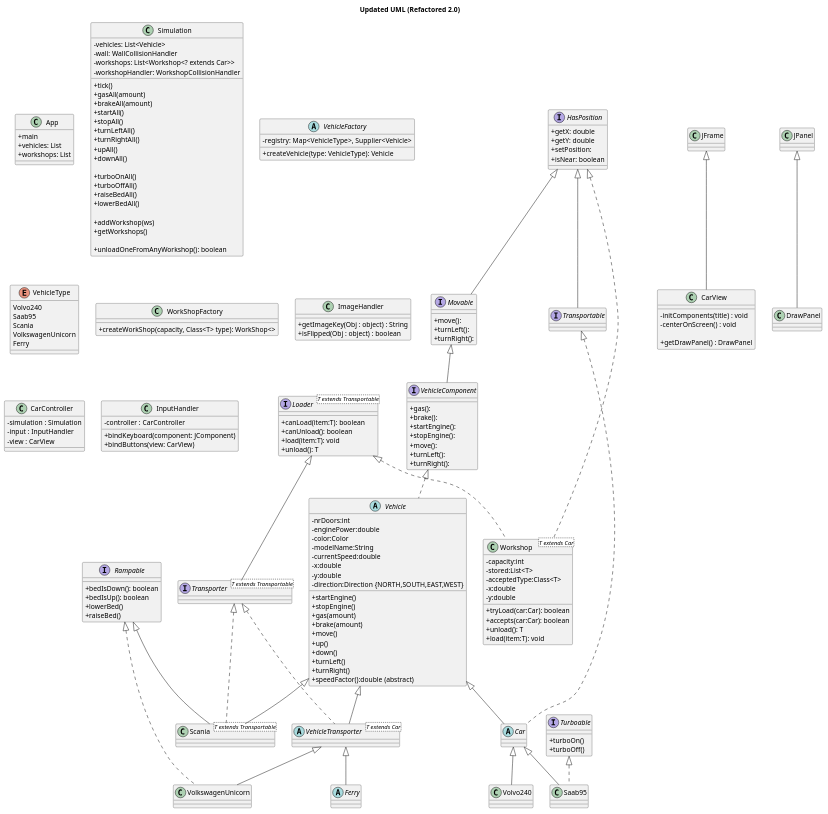
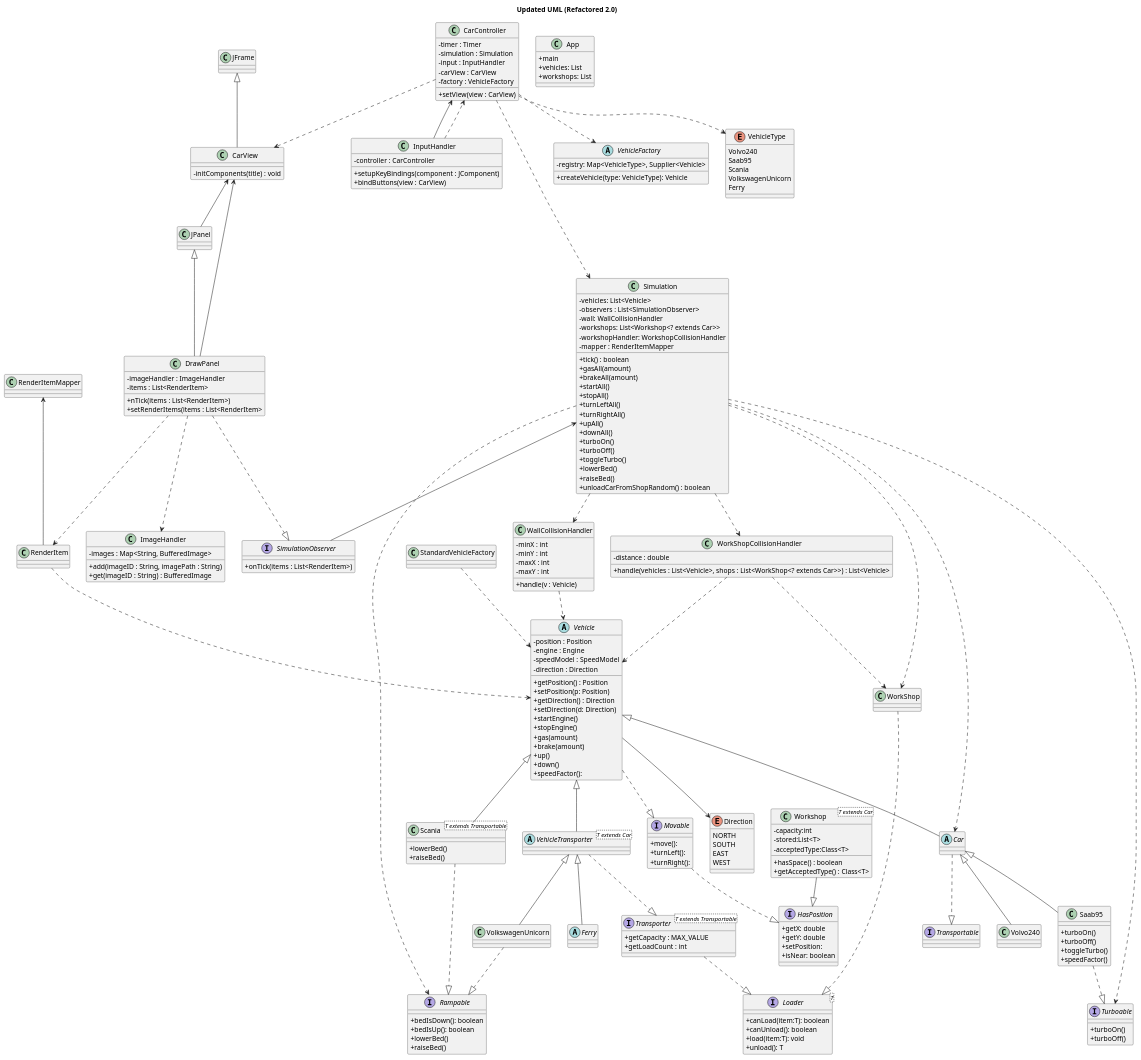
One commit to wat3rbottl/lab1 changed the diagram in src/uml/Updated.puml. Above: the diagram before and after it, drawn with PlantUML. The commit also changed 3 other files, not shown here.

Commit message:
uml o fixat turbo i  simulation

```diff
--- a/src/uml/Updated.puml
+++ b/src/uml/Updated.puml
@@ -12,33 +12,25 @@
     +isNear: boolean
 }
 
-interface Movable extends HasPosition {
+interface Movable  {
     +move():
     +turnLeft():
     +turnRight():
 }
 
-interface VehicleComponent extends Movable{
-    +gas():
-    +brake():
-    +startEngine():
-    +stopEngine():
-    +move():
-    +turnLeft():
-    +turnRight():
-    }
-
-interface Transportable extends HasPosition{
+interface Transportable {
 }
 
-interface Loader<T extends Transportable> {
+interface Loader<T> {
   +canLoad(item:T): boolean
   +canUnload(): boolean
   +load(item:T): void
   +unload(): T
 }
 
-interface Transporter<T extends Transportable> extends Loader<T>{
+interface Transporter<T extends Transportable> {
+    +getCapacity : MAX_VALUE
+    +getLoadCount : int
 }
 
 interface Turboable {
@@ -53,6 +45,10 @@
   +raiseBed()
 }
 
+interface SimulationObserver{
+    +onTick(items : List<RenderItem>)
+}
+
 ' =========================
 ' MODEL CLASSES
 ' =========================
@@ -65,64 +61,88 @@
 'Should only know about factories and vehiclecomponent!!!
 
 
-abstract class Vehicle implements VehicleComponent {
-  -nrDoors:int
-  -enginePower:double
-  -color:Color
-  -modelName:String
-  -currentSpeed:double
-  -x:double
-  -y:double
-  -direction:Direction {NORTH,SOUTH,EAST,WEST}
+abstract class Vehicle  {
+  - position : Position
+  - engine : Engine
+  - speedModel : SpeedModel
+  - direction : Direction
+  + getPosition() : Position
+  + setPosition(p: Position)
+  + getDirection() : Direction
+  + setDirection(d: Direction)
   +startEngine()
   +stopEngine()
   +gas(amount)
   +brake(amount)
-  +move()
   +up()
   +down()
-  +turnLeft()
-  +turnRight()
-  +speedFactor():double (abstract)
+  +speedFactor():
 }
 
-abstract class Ferry extends VehicleTransporter<Car>{
+enum Direction {
+  NORTH
+  SOUTH
+  EAST
+  WEST
 }
 
-abstract class Car extends Vehicle implements Transportable{
+abstract class Ferry {
 }
 
-abstract class VehicleTransporter<T extends Car> extends Vehicle implements Transporter<T>{
+abstract class Car {
+
 }
 
-class Volvo240 extends Car{
-}
-class Saab95 extends Car implements Turboable{
-}
-class Scania<T extends Transportable> extends Vehicle implements Transporter<T>{
-}
-class VolkswagenUnicorn extends VehicleTransporter<Car> implements Rampable{
+abstract class VehicleTransporter<T extends Car> {
 }
 
-class Workshop<T extends Car> implements HasPosition, Loader<T> {
+class Volvo240{
+}
+class Saab95 {
+    + turboOn()
+    + turboOff()
+    + toggleTurbo()
+    + speedFactor()
+}
+class Scania<T extends Transportable> {
+    +lowerBed()
+    +raiseBed()
+}
+class VolkswagenUnicorn {
+}
+
+class Workshop<T extends Car>  {
   -capacity:int
   -stored:List<T>
   -acceptedType:Class<T>
-  -x:double
-  -y:double
-  +tryLoad(car:Car): boolean
-  +accepts(car:Car): boolean
-  +unload(): T
-  +load(item:T): void
+  +hasSpace() : boolean
+  +getAcceptedType() : Class<T>
+
+
+  }
+
+class WallCollisionHandler {
+    -minX : int
+    -minY : int
+    -maxX : int
+    -maxY : int
+    +handle(v : Vehicle)
+    }
+
+class WorkShopCollisionHandler {
+    - distance : double
+    + handle(vehicles : List<Vehicle>, shops : List<WorkShop<? extends Car>>) : List<Vehicle>
 }
 
 class Simulation {
   -vehicles: List<Vehicle>
+  -observers : List<SimulationObserver>
   -wall: WallCollisionHandler
   -workshops: List<Workshop<? extends Car>>
   -workshopHandler: WorkshopCollisionHandler
+  -mapper : RenderItemMapper
 
-  +tick()
+  +tick() : boolean
   +gasAll(amount)
   +brakeAll(amount)
   +startAll()
@@ -131,22 +151,19 @@
   +turnRightAll()
   +upAll()
   +downAll()
+  +turboOn()
+  +turboOff()
+  +toggleTurbo()
+  +lowerBed()
+  +raiseBed()
+  +unloadCarFromShopRandom() : boolean
 
-  +turboOnAll()
-  +turboOffAll()
-  +raiseBedAll()
-  +lowerBedAll()
-
-  +addWorkshop(ws)
-  +getWorkshops()
-
-  +unloadOneFromAnyWorkshop(): boolean
 }
 abstract class VehicleFactory{
     -registry: Map<VehicleType>, Supplier<Vehicle>
     + createVehicle(type: VehicleType): Vehicle
 }
-' Creates vehicle
+
 
 
 enum VehicleType{
@@ -158,30 +175,25 @@
     }
 
 
-class WorkShopFactory{
-    +createWorkShop(capacity, Class<T> type): WorkShop<>
-    }
-
-
 ' =========================
 ' VIEW
 ' =========================
-class CarView extends JFrame{
+class CarView {
   - initComponents(title) : void
-  - centerOnScreen() : void
-
-  + getDrawPanel() : DrawPanel
-
 }
 
-class DrawPanel extends JPanel{
-
+class DrawPanel {
+   -imageHandler : ImageHandler
+    -items : List<RenderItem>
+    +nTick(items : List<RenderItem>)
+    +setRenderItems(items : List<RenderItem>
 }
 
 
 class ImageHandler{
-  + getImageKey(Obj : object) : String
-  + isFlipped(Obj : object) : boolean
+   -images : Map<String, BufferedImage>
+    +add(imageID : String, imagePath : String)
+    +get(imageID : String) : BufferedImage
   }
 
 
@@ -189,36 +201,90 @@
 ' CONTROLLER
 ' =========================
 class CarController{
-  - simulation : Simulation
-  - input : InputHandler
-  - view : CarView
+    -timer : Timer
+    -simulation : Simulation
+    -input : InputHandler
+    -carView : CarView
+    -factory : VehicleFactory
 
-}
+   +setView(view : CarView)
+   }
 
 class InputHandler{
-  - controller : CarController
-  + bindKeyboard(component: JComponent)
-  + bindButtons(view: CarView)
+    -controller : CarController
+    +setupKeyBindings(component : JComponent)
+    +bindButtons(view : CarView)
 }
 
 '===========================================
-' BEROENDEN
+' GENERALISERING
 '===========================================
+'Är en subklass av
+Vehicle <|-- Car
+Car <|-- Volvo240
+Car <|-- Saab95
+Vehicle <|--VehicleTransporter
+VehicleTransporter <|-- VolkswagenUnicorn
+VehicleTransporter <|-- Ferry
+Vehicle <|-- Scania
+Vehicle --> Direction
 
-'===========================================
-'ASSOCIATIONER
-'===========================================
 
-'===========================================
-'ASSOCIATIONER
-'===========================================
-
-'===========================================
-'ASSOCIATIONER
-'===========================================
+JPanel <|-- DrawPanel
+JFrame <|-- CarView
 
 
 
-Rampable <|-- Scania
+
+'===========================================
+'REALISERING
+'===========================================
+'En klass implementerar ett interface
+VehicleTransporter ..|> Transporter
+WorkShop ..|> Loader
+Workshop --|> HasPosition
+Saab95 ..|> Turboable
+Scania ..|> Rampable
+VolkswagenUnicorn ..|> Rampable
+Car ..|> Transportable
+Vehicle ..|> Movable
+Transporter ..|> Loader
+Movable ..|> HasPosition
+
+DrawPanel ..|> SimulationObserver
+
+'===========================================
+'KOMPOSITION
+'===========================================
+'En klass har fält som ansvarar av den
+Simulation <-- SimulationObserver
+CarController <-- InputHandler
+CarView <-- DrawPanel
+CarView <-- JPanel
+RenderItemMapper <-- RenderItem
+
+'===========================================
+'USAGE DEPENDANCY
+'===========================================
+' En klass använder eller skapar objekt av en annan klass/interface
+Simulation ..> Turboable
+Simulation ..> Rampable
+Simulation ..> Car
+Simulation ..> WorkShop
+Simulation ..> WallCollisionHandler
+Simulation ..> WorkShopCollisionHandler
+CarController ..> Simulation
+CarController ..> VehicleFactory
+CarController ..> VehicleType
+CarController ..> CarView
+InputHandler ..> CarController
+StandardVehicleFactory ..> Vehicle
+WallCollisionHandler ..> Vehicle
+WorkShopCollisionHandler ..> Vehicle
+WorkShopCollisionHandler ..> WorkShop
+DrawPanel ..> RenderItem
+DrawPanel ..> ImageHandler
+RenderItem ..> Vehicle
+
 
 @enduml
```
